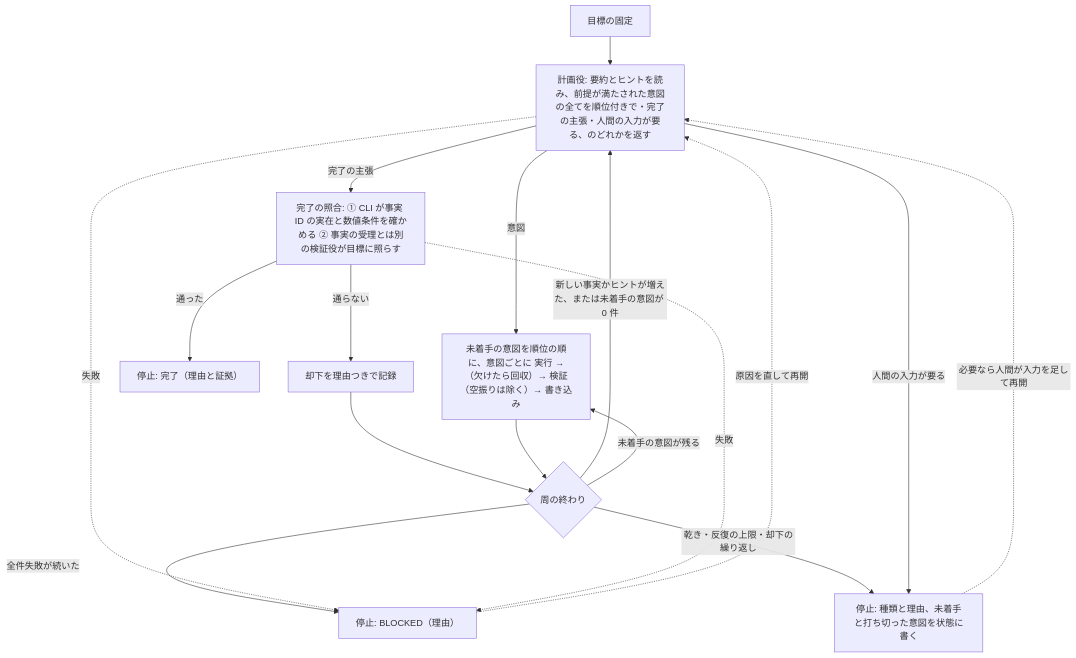
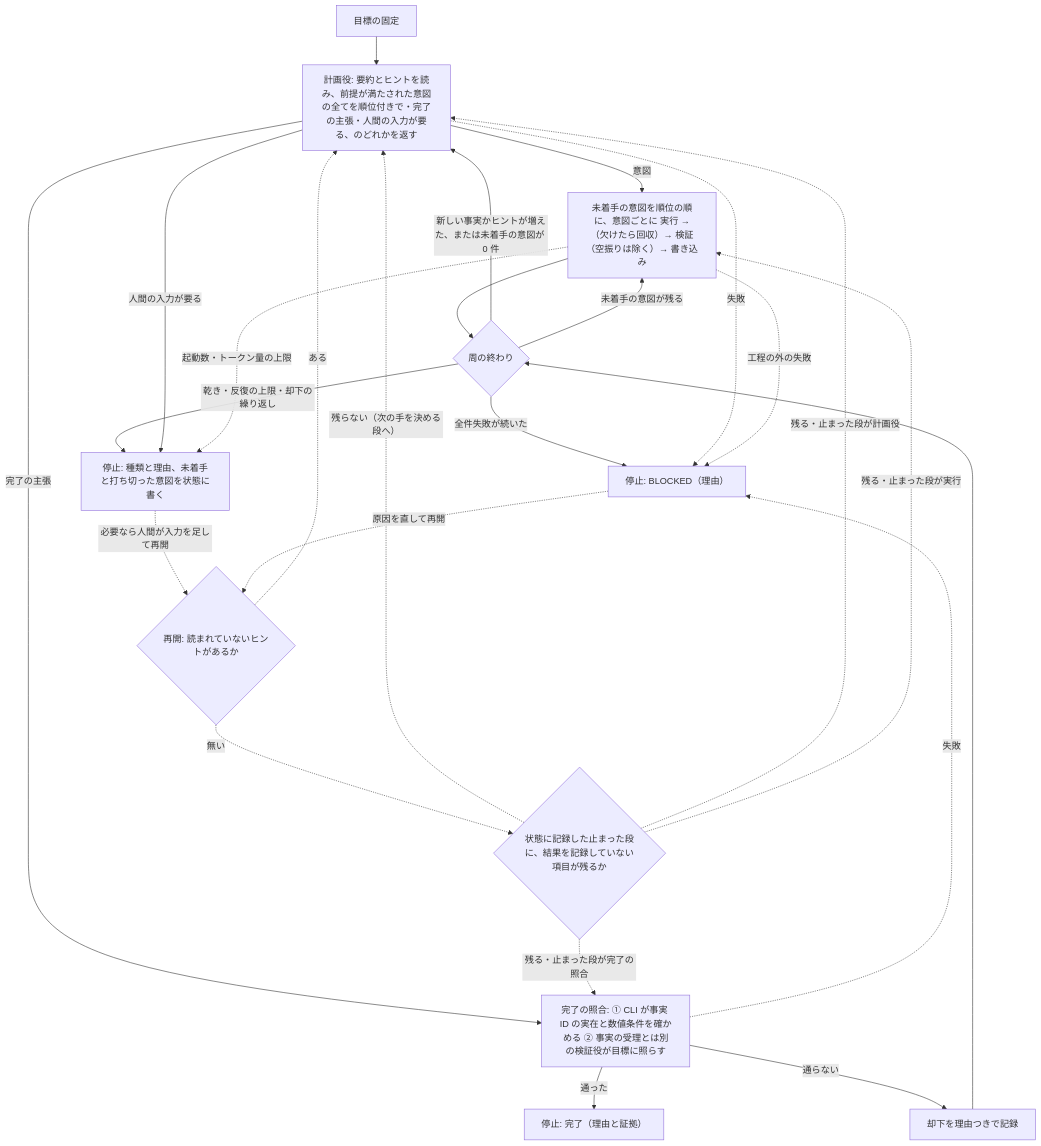
One commit to yoshiysh/claude-plugins changed the third of 3 diagrams in docs/design/skill-design-patterns.md. Above: the diagram before and after it, drawn with Mermaid. The commit also changed other lines of this file and 6 other files, not shown here.

````diff
--- a/docs/design/skill-design-patterns.md
+++ b/docs/design/skill-design-patterns.md
@@ -275,19 +275,27 @@
 ```mermaid
 flowchart TD
   A["目標の固定"] --> P["計画役: 要約とヒントを読み、前提が満たされた意図の全てを順位付きで・完了の主張・人間の入力が要る、のどれかを返す"]
   P -- 意図 --> X["未着手の意図を順位の順に、意図ごとに 実行 →（欠けたら回収）→ 検証（空振りは除く）→ 書き込み"]
   P -- 完了の主張 --> C["完了の照合: ① CLI が事実 ID の実在と数値条件を確かめる ② 事実の受理とは別の検証役が目標に照らす"]
   C -- 通った --> E["停止: 完了（理由と証拠）"]
   C -- 通らない --> RJ["却下を理由つきで記録"]
   RJ --> R
   X --> R{"周の終わり"}
   R -- "全件失敗が続いた" --> B["停止: BLOCKED（理由）"]
   R -- "乾き・反復の上限・却下の繰り返し" --> H["停止: 種類と理由、未着手と打ち切った意図を状態に書く"]
   R -- "新しい事実かヒントが増えた、または未着手の意図が 0 件" --> P
   R -- "未着手の意図が残る" --> X
   P -- 人間の入力が要る --> H
   P -. 失敗 .-> B
   C -. 失敗 .-> B
-  H -. "必要なら人間が入力を足して再開" .-> P
-  B -. "原因を直して再開" .-> P
+  X -. "起動数・トークン量の上限" .-> H
+  X -. "工程の外の失敗" .-> B
+  H -. "必要なら人間が入力を足して再開" .-> RS{"再開: 読まれていないヒントがあるか"}
+  B -. "原因を直して再開" .-> RS
+  RS -. ある .-> P
+  RS -. 無い .-> RS2{"状態に記録した止まった段に、結果を記録していない項目が残るか"}
+  RS2 -. "残らない（次の手を決める段へ）" .-> P
+  RS2 -. "残る・止まった段が計画役" .-> P
+  RS2 -. "残る・止まった段が実行" .-> X
+  RS2 -. "残る・止まった段が完了の照合" .-> C
 ```
````
